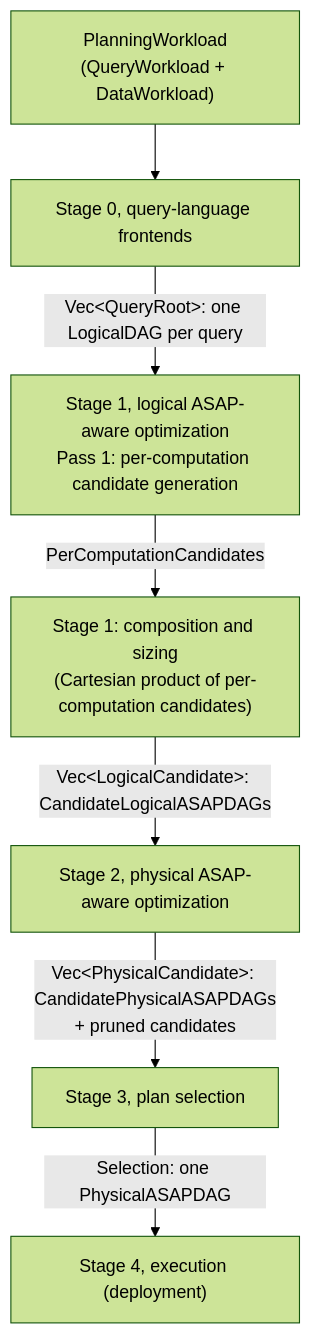
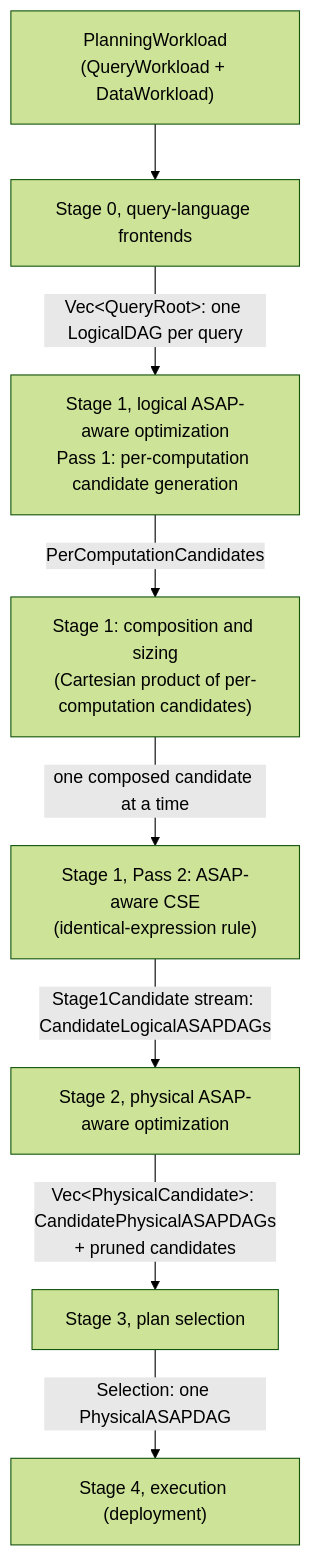
Before and after one commit to ProjectASAP/ASAPPlanner: the diagram in docs/design_docs/planner-layering-components.md, drawn with Mermaid (forest theme). The commit also changed other lines of this file, not shown here.

````diff
--- a/docs/design_docs/planner-layering-components.md
+++ b/docs/design_docs/planner-layering-components.md
@@ -15,16 +15,18 @@
 ```mermaid
 flowchart TB
   W["PlanningWorkload<br/>(QueryWorkload + DataWorkload)"]
   S0["Stage 0, query-language frontends"]
   P1["Stage 1, logical ASAP-aware optimization<br/>Pass 1: per-computation candidate generation"]
   C1["Stage 1: composition and sizing<br/>(Cartesian product of per-computation candidates)"]
+  P2["Stage 1, Pass 2: ASAP-aware CSE<br/>(identical-expression rule)"]
   S2["Stage 2, physical ASAP-aware optimization"]
   S3["Stage 3, plan selection"]
   S4["Stage 4, execution (deployment)"]
   W --> S0
   S0 -- "Vec#lt;QueryRoot#gt;: one LogicalDAG per query" --> P1
   P1 -- "PerComputationCandidates" --> C1
-  C1 -- "Vec#lt;LogicalCandidate#gt;: CandidateLogicalASAPDAGs" --> S2
+  C1 -- "one composed candidate at a time" --> P2
+  P2 -- "Stage1Candidate stream: CandidateLogicalASAPDAGs" --> S2
   S2 -- "Vec#lt;PhysicalCandidate#gt;: CandidatePhysicalASAPDAGs<br/>+ pruned candidates" --> S3
   S3 -- "Selection: one PhysicalASAPDAG" --> S4
 ```
````
